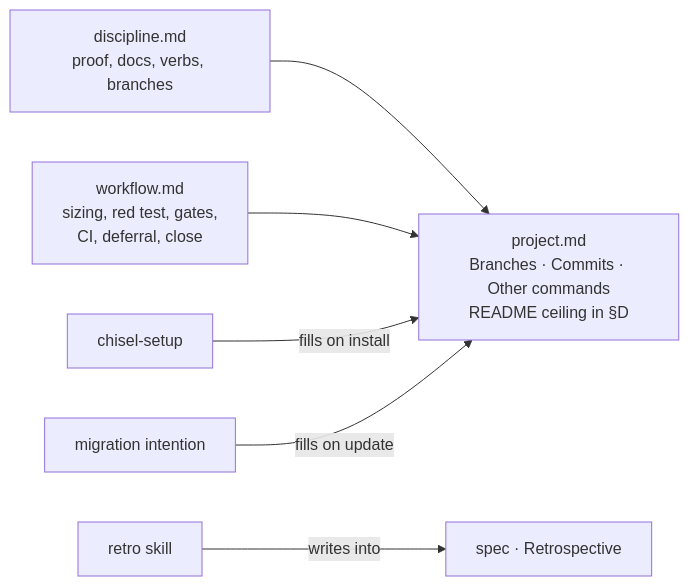
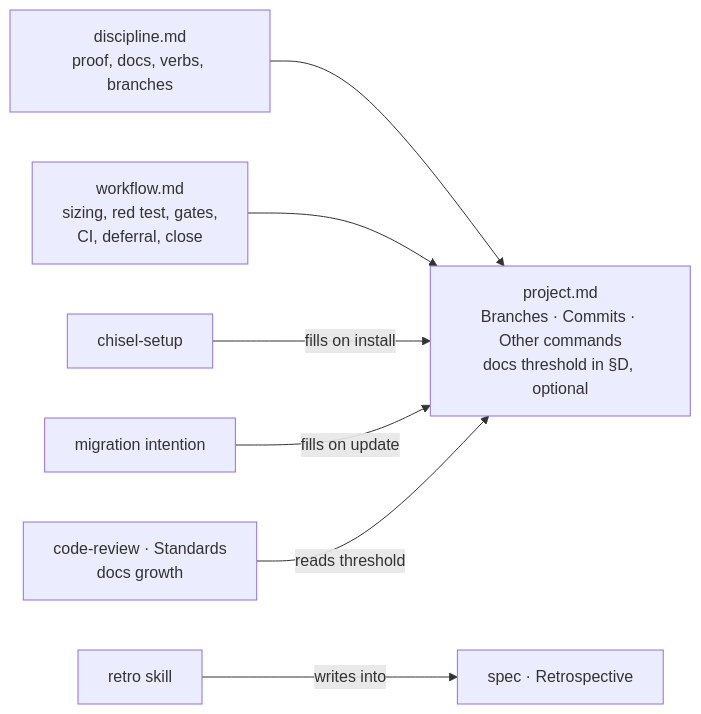
The diagram in project-management/tasks/20261122-0002-working-rules-from-the-field.spec.md (lonestone/chisel), drawn with Mermaid before and after one commit. The commit also changed other lines of this file, not shown here.

Commit message:
docs(tasks): carry the owner's answers on branches, rebase and docs growth

````diff
--- a/project-management/tasks/20261122-0002-working-rules-from-the-field.spec.md
+++ b/project-management/tasks/20261122-0002-working-rules-from-the-field.spec.md
@@ -220,9 +232,10 @@
 ```mermaid
 flowchart LR
   D[discipline.md<br/>proof, docs, verbs, branches] --> P
   W[workflow.md<br/>sizing, red test, gates,<br/>CI, deferral, close] --> P
-  P[project.md<br/>Branches · Commits · Other commands<br/>README ceiling in §D]
+  P[project.md<br/>Branches · Commits · Other commands<br/>docs threshold in §D, optional]
   S[chisel-setup] -->|fills on install| P
   I[migration intention] -->|fills on update| P
+  C[code-review · Standards<br/>docs growth] -->|reads threshold| P
   R[retro skill] -->|writes into| SP[spec · Retrospective]
 ```
````
